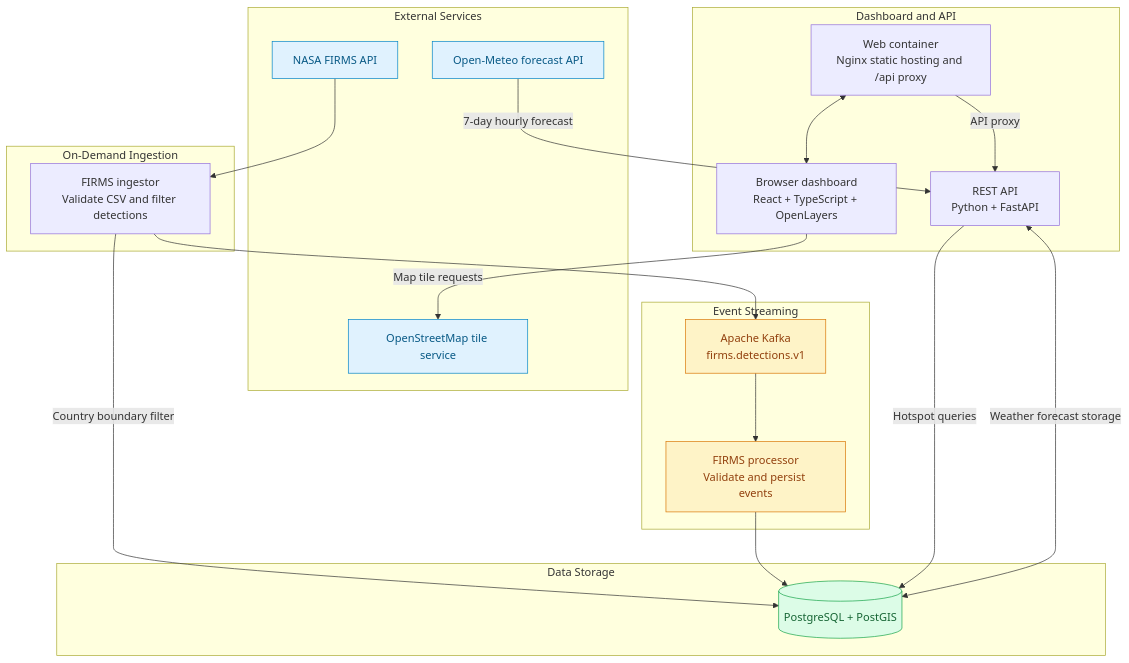
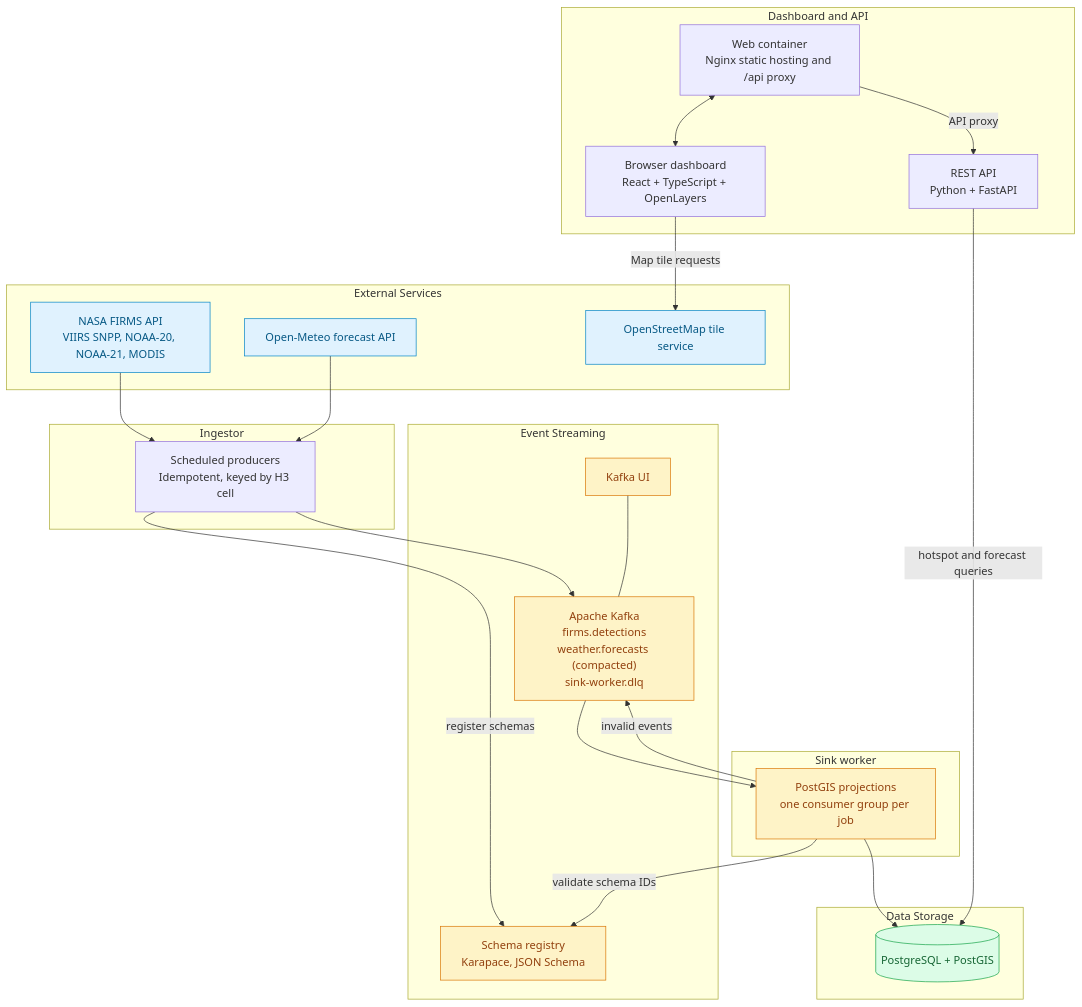
Before and after one commit to marcparaira/wildfire-intelligence-platform: the diagram in README.md, drawn with Mermaid. The commit also changed other lines of this file and 69 other files, not shown here.

````diff
--- a/README.md
+++ b/README.md
@@ -30,47 +36,54 @@
 ```mermaid
 flowchart TB
     subgraph External["External Services"]
-        FIRMS["NASA FIRMS API"]
+        FIRMS["NASA FIRMS API<br/>VIIRS SNPP, NOAA-20, NOAA-21, MODIS"]
         WEATHER["Open-Meteo forecast API"]
         OSM["OpenStreetMap tile service"]
     end
 
-    subgraph Ingestion["On-Demand Ingestion"]
-        INGEST["FIRMS ingestor<br/>Validate CSV and filter detections"]
+    subgraph Ingestion["Ingestor"]
+        INGEST["Scheduled producers<br/>Idempotent, keyed by H3 cell"]
     end
 
     subgraph Streaming["Event Streaming"]
-        KAFKA["Apache Kafka<br/>firms.detections.v1"]
-        PROC["FIRMS processor<br/>Validate and persist events"]
-        KAFKA --> PROC
+        KAFKA["Apache Kafka<br/>firms.detections<br/>weather.forecasts (compacted)<br/>sink-worker.dlq"]
+        REG["Schema registry<br/>Karapace, JSON Schema"]
+        KUI["Kafka UI"]
+    end
+
+    subgraph Sink["Sink worker"]
+        PROJ["PostGIS projections<br/>one consumer group per job"]
     end
 
     subgraph Storage["Data Storage"]
         DB[("PostgreSQL + PostGIS")]
     end
 
     subgraph Application["Dashboard and API"]
         WEB["Web container<br/>Nginx static hosting and /api proxy"]
         UI["Browser dashboard<br/>React + TypeScript + OpenLayers"]
         API["REST API<br/>Python + FastAPI"]
         WEB <--> UI
         WEB -->|API proxy| API
     end
 
     FIRMS --> INGEST
-    WEATHER -->|7-day hourly forecast| API
-    INGEST -->|Country boundary filter| DB
+    WEATHER --> INGEST
+    INGEST -->|register schemas| REG
     INGEST --> KAFKA
-    PROC --> DB
-    API -->|Hotspot queries| DB
-    API <-->|Weather forecast storage| DB
+    KAFKA --> PROJ
+    PROJ -->|validate schema IDs| REG
+    PROJ -->|invalid events| KAFKA
+    PROJ --> DB
+    KUI --- KAFKA
+    API -->|hotspot and forecast queries| DB
     UI -->|Map tile requests| OSM
 
     classDef external fill:#e0f2fe,stroke:#0284c7,color:#075985
     classDef streaming fill:#fef3c7,stroke:#d97706,color:#92400e
     classDef data fill:#dcfce7,stroke:#16a34a,color:#166534
 
     class FIRMS,WEATHER,OSM external
-    class KAFKA,PROC streaming
+    class KAFKA,REG,KUI,PROJ streaming
     class DB data
 ```
````
